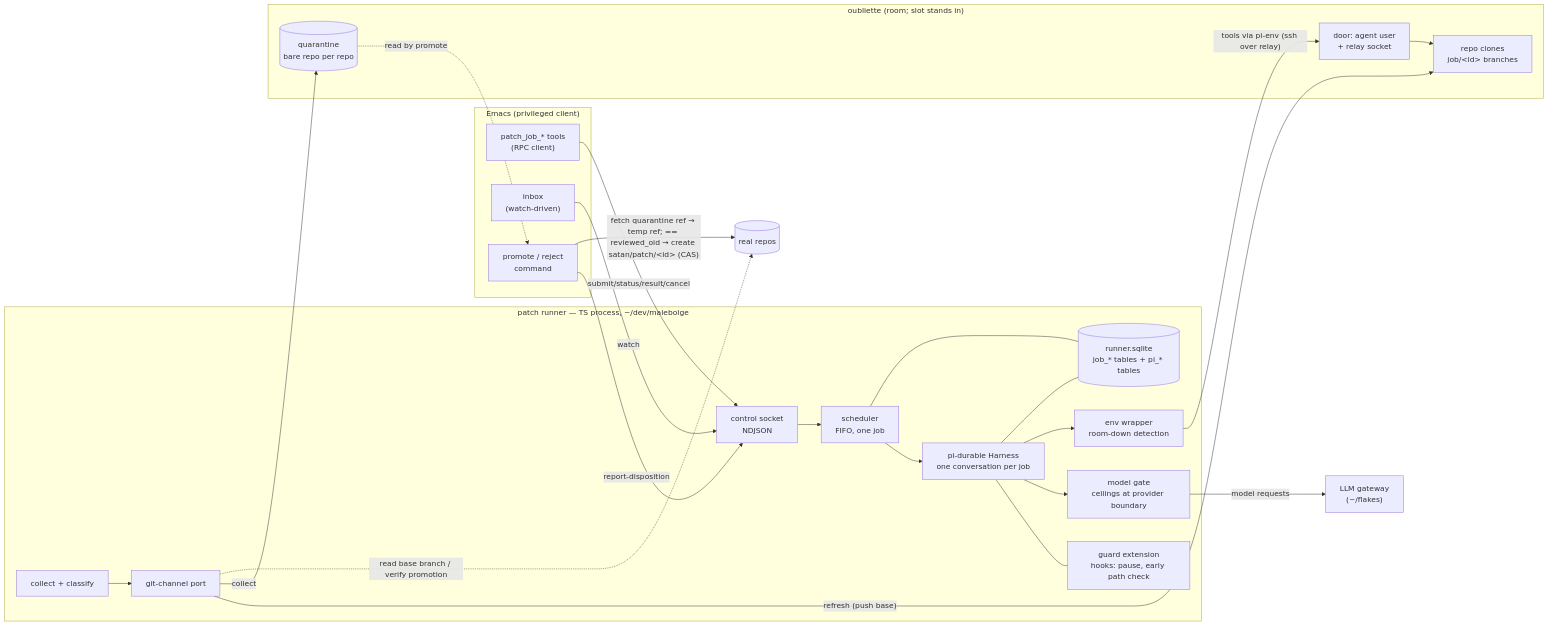
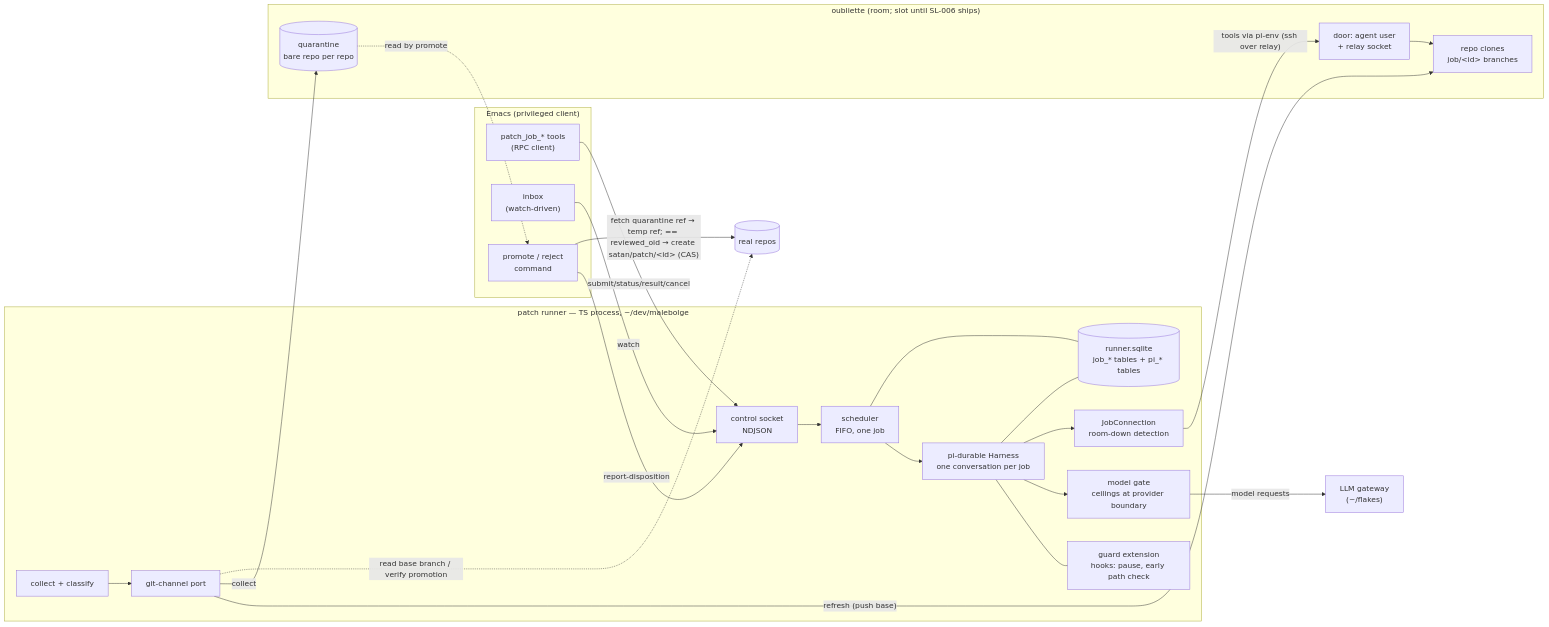
One commit to davidlee/satan changed the second of 7 diagrams in .doctrine/slice/023/design.md. Above: the diagram before and after it, drawn with Mermaid. The commit also changed other lines of this file and 14 other files, not shown here.

````diff
--- a/.doctrine/slice/023/design.md
+++ b/.doctrine/slice/023/design.md
@@ -174,42 +180,42 @@
 ```mermaid
 flowchart LR
   subgraph emacs["Emacs (privileged client)"]
     tool["patch_job_* tools<br/>(RPC client)"]
     inbox["inbox<br/>(watch-driven)"]
     promote["promote / reject<br/>command"]
   end
   subgraph runner["patch runner — TS process, ~/dev/malebolge"]
     ctl["control socket<br/>NDJSON"]
     sched["scheduler<br/>FIFO, one job"]
     harness["pi-durable Harness<br/>one conversation per job"]
     guard["guard extension<br/>hooks: pause, early path check"]
     gate["model gate<br/>ceilings at provider boundary"]
-    envw["env wrapper<br/>room-down detection"]
+    envw["JobConnection<br/>room-down detection"]
     chan["git-channel port"]
     classify["collect + classify"]
     db[("runner.sqlite<br/>job_* tables + pi_* tables")]
   end
   gw["LLM gateway<br/>(~/flakes)"]
-  subgraph oub["oubliette (room; slot stands in)"]
+  subgraph oub["oubliette (room; slot until SL-006 ships)"]
     door["door: agent user<br/>+ relay socket"]
     clone["repo clones<br/>job/&lt;id&gt; branches"]
     quar[("quarantine<br/>bare repo per repo")]
   end
   real[("real repos")]
 
   tool -- submit/status/result/cancel --> ctl
   inbox -- watch --> ctl
   promote -- report-disposition --> ctl
   ctl --> sched --> harness
   harness --- guard
   harness --> gate -- model requests --> gw
   harness --> envw -- "tools via pi-env (ssh over relay)" --> door --> clone
   chan -- refresh (push base) --> clone
   chan -- collect --> quar
   classify --> chan
   harness --- db
   sched --- db
   promote -- "fetch quarantine ref → temp ref; == reviewed_oid → create satan/patch/&lt;id&gt; (CAS)" --> real
   quar -. read by promote .-> promote
   chan -. "read base branch / verify promotion" .-> real
 ```
````
